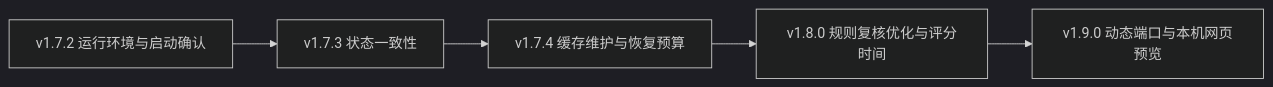
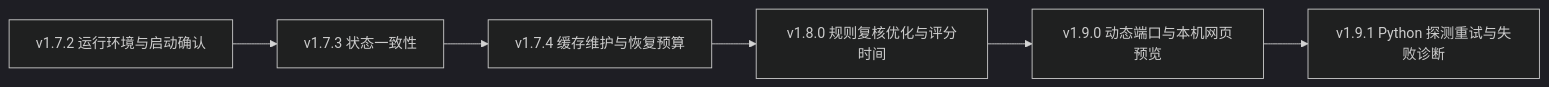
Before and after one commit to cr20085361/claude-code-protection-tool: the third of 3 diagrams in README.md, drawn with Mermaid (dark theme). The commit also changed other lines of this file and 8 other files, not shown here.

First line of the commit message:
发布 v1.9.1：Python 探测重试与失败诊断

````diff
--- a/README.md
+++ b/README.md
@@ -115,7 +117,8 @@
 ```mermaid
 flowchart LR
   A["v1.7.2 运行环境与启动确认"] --> B["v1.7.3 状态一致性"]
   B --> C["v1.7.4 缓存维护与恢复预算"]
   C --> D["v1.8.0 规则复核优化与评分时间"]
   D --> E["v1.9.0 动态端口与本机网页预览"]
+  E --> F["v1.9.1 Python 探测重试与失败诊断"]
 ```
````
